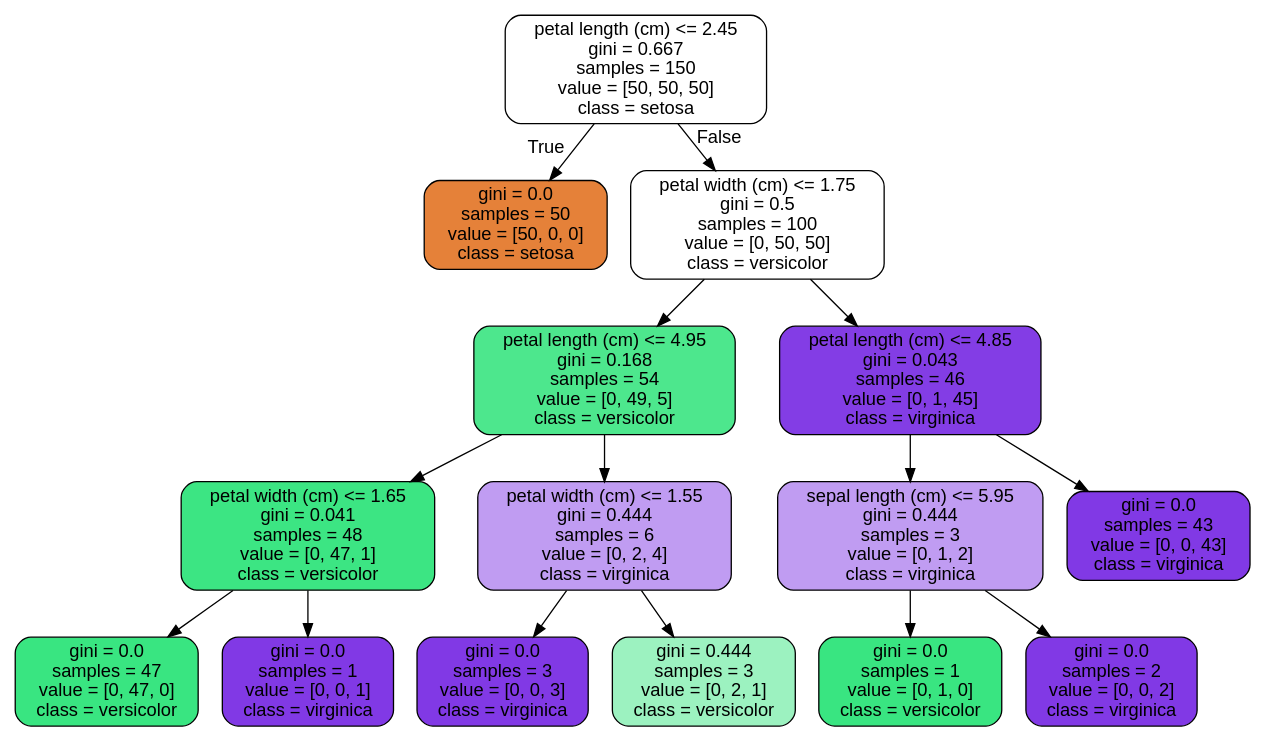
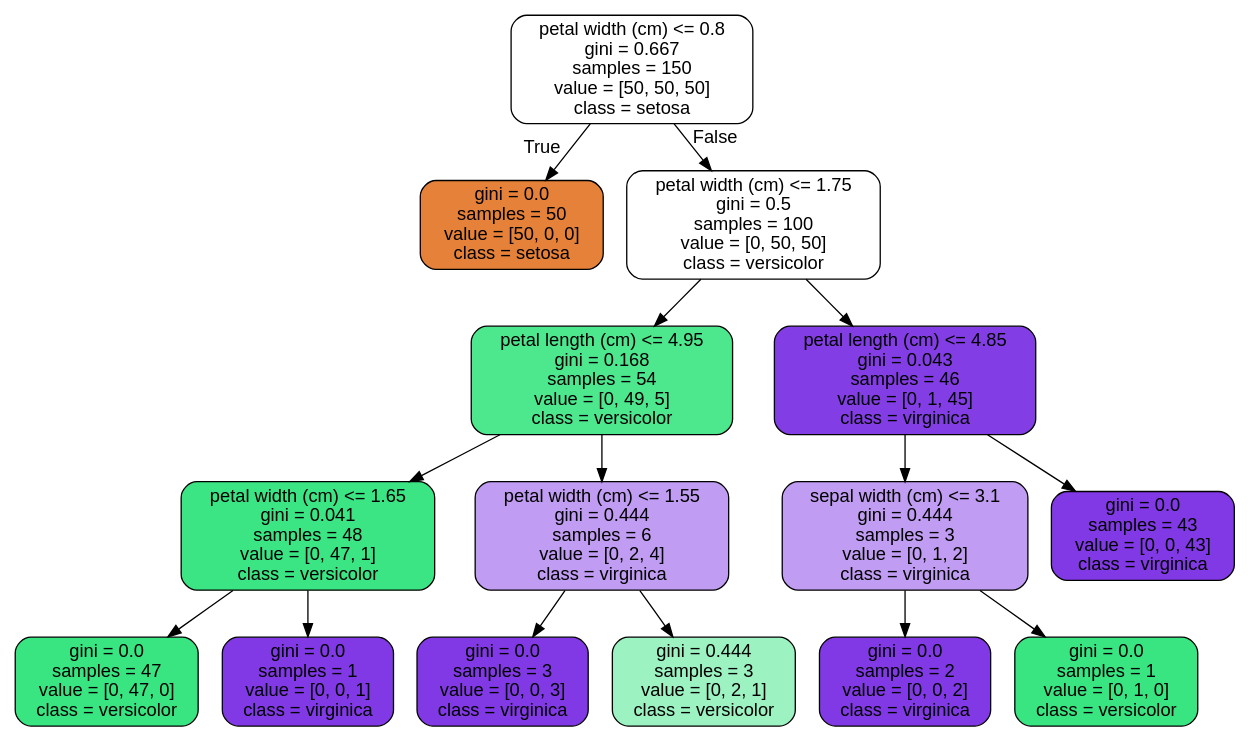
The diagram in iris_tree.dot (vishal-pandey/ml-and-ds), drawn with Graphviz before and after one commit. The commit also changed 9 other files, not shown here.

```diff
--- a/iris_tree.dot
+++ b/iris_tree.dot
@@ -1,33 +1,33 @@
 digraph Tree {
 node [shape=box, style="filled, rounded", color="black", fontname=helvetica] ;
 edge [fontname=helvetica] ;
-0 [label="petal length (cm) <= 2.45\ngini = 0.667\nsamples = 150\nvalue = [50, 50, 50]\nclass = setosa", fillcolor="#e5813900"] ;
+0 [label="petal width (cm) <= 0.8\ngini = 0.667\nsamples = 150\nvalue = [50, 50, 50]\nclass = setosa", fillcolor="#e5813900"] ;
 1 [label="gini = 0.0\nsamples = 50\nvalue = [50, 0, 0]\nclass = setosa", fillcolor="#e58139ff"] ;
 0 -> 1 [labeldistance=2.5, labelangle=45, headlabel="True"] ;
 2 [label="petal width (cm) <= 1.75\ngini = 0.5\nsamples = 100\nvalue = [0, 50, 50]\nclass = versicolor", fillcolor="#39e58100"] ;
 0 -> 2 [labeldistance=2.5, labelangle=-45, headlabel="False"] ;
 3 [label="petal length (cm) <= 4.95\ngini = 0.168\nsamples = 54\nvalue = [0, 49, 5]\nclass = versicolor", fillcolor="#39e581e5"] ;
 2 -> 3 ;
 4 [label="petal width (cm) <= 1.65\ngini = 0.041\nsamples = 48\nvalue = [0, 47, 1]\nclass = versicolor", fillcolor="#39e581fa"] ;
 3 -> 4 ;
 5 [label="gini = 0.0\nsamples = 47\nvalue = [0, 47, 0]\nclass = versicolor", fillcolor="#39e581ff"] ;
 4 -> 5 ;
 6 [label="gini = 0.0\nsamples = 1\nvalue = [0, 0, 1]\nclass = virginica", fillcolor="#8139e5ff"] ;
 4 -> 6 ;
 7 [label="petal width (cm) <= 1.55\ngini = 0.444\nsamples = 6\nvalue = [0, 2, 4]\nclass = virginica", fillcolor="#8139e57f"] ;
 3 -> 7 ;
 8 [label="gini = 0.0\nsamples = 3\nvalue = [0, 0, 3]\nclass = virginica", fillcolor="#8139e5ff"] ;
 7 -> 8 ;
 9 [label="gini = 0.444\nsamples = 3\nvalue = [0, 2, 1]\nclass = versicolor", fillcolor="#39e5817f"] ;
 7 -> 9 ;
 10 [label="petal length (cm) <= 4.85\ngini = 0.043\nsamples = 46\nvalue = [0, 1, 45]\nclass = virginica", fillcolor="#8139e5f9"] ;
 2 -> 10 ;
-11 [label="sepal length (cm) <= 5.95\ngini = 0.444\nsamples = 3\nvalue = [0, 1, 2]\nclass = virginica", fillcolor="#8139e57f"] ;
+11 [label="sepal width (cm) <= 3.1\ngini = 0.444\nsamples = 3\nvalue = [0, 1, 2]\nclass = virginica", fillcolor="#8139e57f"] ;
 10 -> 11 ;
-12 [label="gini = 0.0\nsamples = 1\nvalue = [0, 1, 0]\nclass = versicolor", fillcolor="#39e581ff"] ;
+12 [label="gini = 0.0\nsamples = 2\nvalue = [0, 0, 2]\nclass = virginica", fillcolor="#8139e5ff"] ;
 11 -> 12 ;
-13 [label="gini = 0.0\nsamples = 2\nvalue = [0, 0, 2]\nclass = virginica", fillcolor="#8139e5ff"] ;
+13 [label="gini = 0.0\nsamples = 1\nvalue = [0, 1, 0]\nclass = versicolor", fillcolor="#39e581ff"] ;
 11 -> 13 ;
 14 [label="gini = 0.0\nsamples = 43\nvalue = [0, 0, 43]\nclass = virginica", fillcolor="#8139e5ff"] ;
 10 -> 14 ;
 }
```
